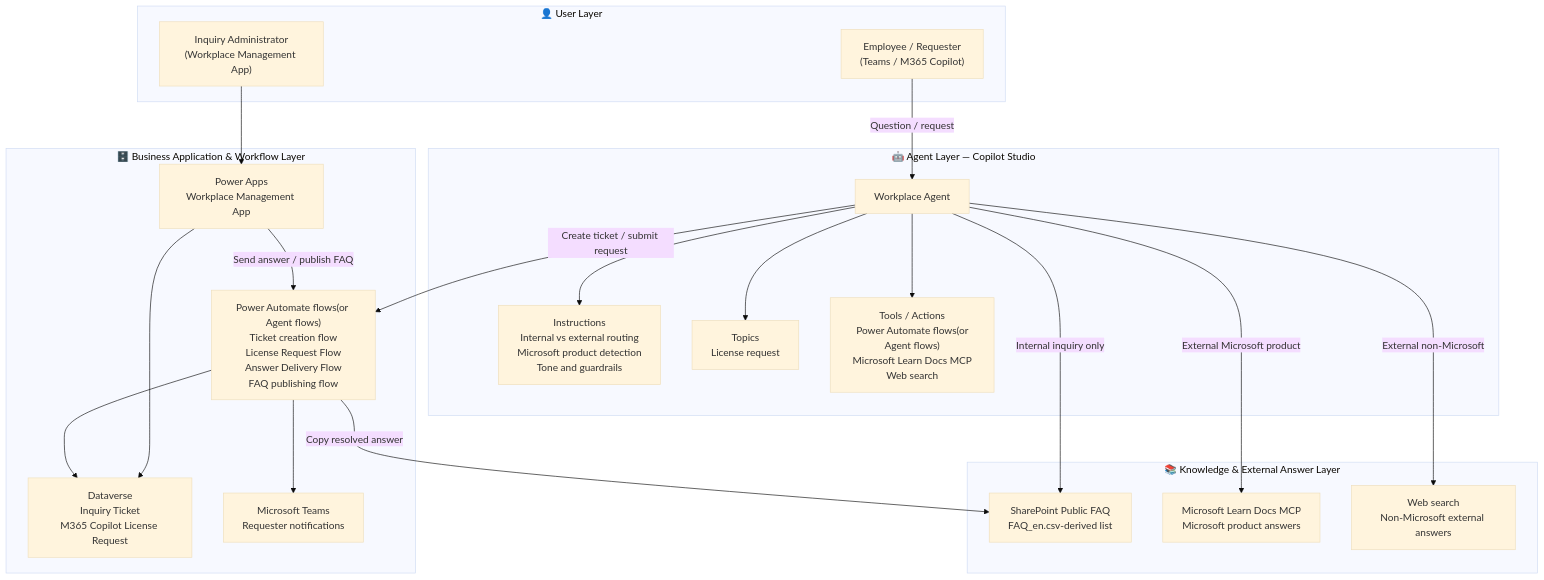
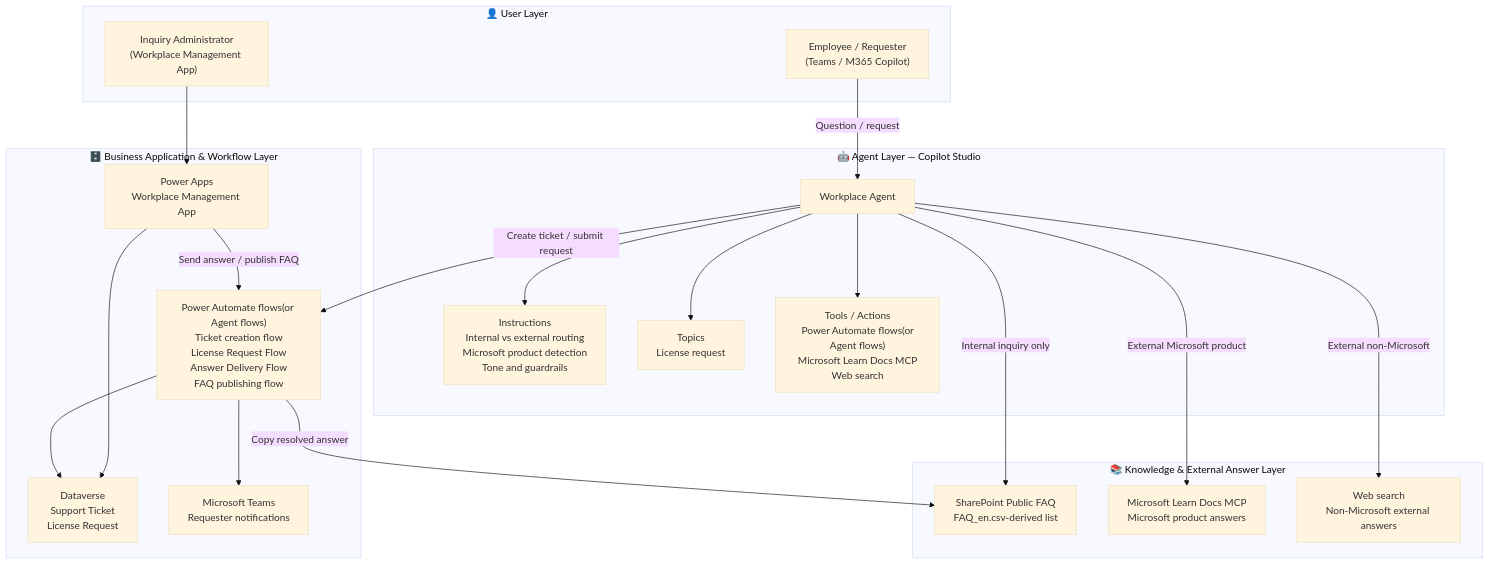
The first of 4 diagrams in 01-scenarios/Workplace-Agent/2.Architecture.md (microsoft/ai-agent-runbooks), drawn with Mermaid (base theme) before and after one commit.

````diff
--- a/01-scenarios/Workplace-Agent/2.Architecture.md
+++ b/01-scenarios/Workplace-Agent/2.Architecture.md
@@ -18,42 +18,42 @@
 ```mermaid
 flowchart TD
     subgraph USER_LAYER["👤 User Layer"]
         U1["Employee / Requester<br/>(Teams / M365 Copilot)"]
         U2["Inquiry Administrator<br/>(Workplace Management App)"]
     end
 
     subgraph AGENT_LAYER["🤖 Agent Layer — Copilot Studio"]
         A1["Workplace Agent"]
         A2["Instructions<br/>Internal vs external routing<br/>Microsoft product detection<br/>Tone and guardrails"]
         A3["Topics<br/>License request"]
         A4["Tools / Actions<br/> Power Automate flows(or Agent flows)<br/>Microsoft Learn Docs MCP<br/>Web search"]
         A1 --> A2
         A1 --> A3
         A1 --> A4
     end
 
     subgraph KNOWLEDGE_LAYER["📚 Knowledge & External Answer Layer"]
         K1["SharePoint Public FAQ<br/>FAQ_en.csv-derived list"]
         K2["Microsoft Learn Docs MCP<br/>Microsoft product answers"]
         K3["Web search<br/>Non-Microsoft external answers"]
     end
 
     subgraph BUSINESS_LAYER["🗄️ Business Application & Workflow Layer"]
-        D1["Dataverse<br/>Inquiry Ticket<br/>M365 Copilot License Request"]
+        D1["Dataverse<br/>Support Ticket<br/>License Request"]
         P1["Power Automate flows(or Agent flows)<br/>Ticket creation flow<br/>License Request Flow<br/>Answer Delivery Flow<br/>FAQ publishing flow"]
         APP["Power Apps<br/>Workplace Management App"]
         T1["Microsoft Teams<br/>Requester notifications"]
     end
 
     U1 -- "Question / request" --> A1
     A1 -- "Internal inquiry only" --> K1
     A1 -- "External Microsoft product" --> K2
     A1 -- "External non-Microsoft" --> K3
     A1 -- "Create ticket / submit request" --> P1
     P1 --> D1
     P1 --> T1
     U2 --> APP
     APP --> D1
     APP -- "Send answer / publish FAQ" --> P1
     P1 -- "Copy resolved answer" --> K1
 ```
````
